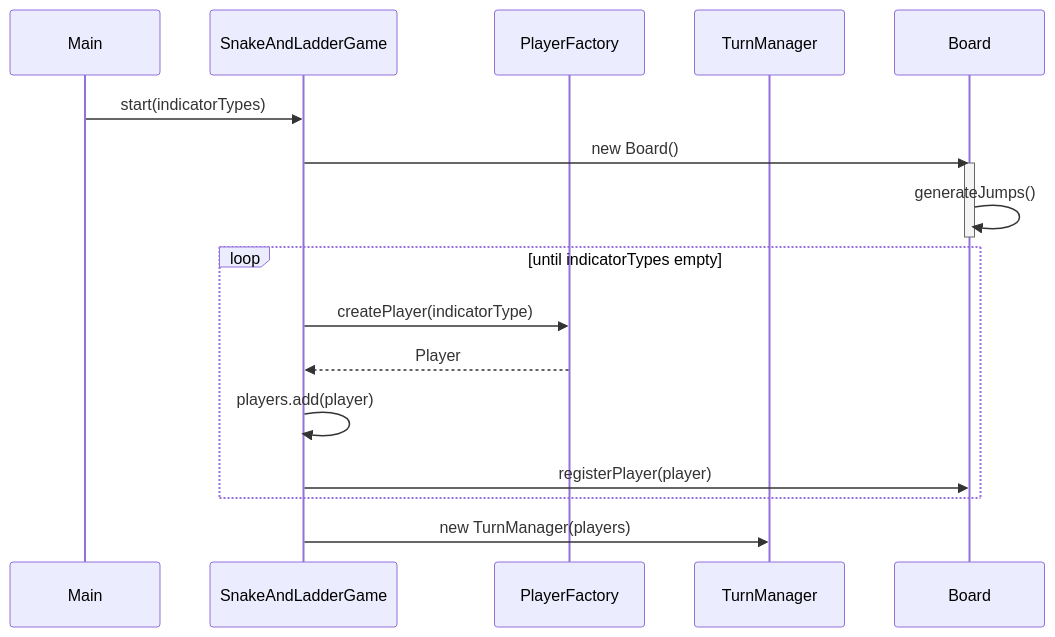
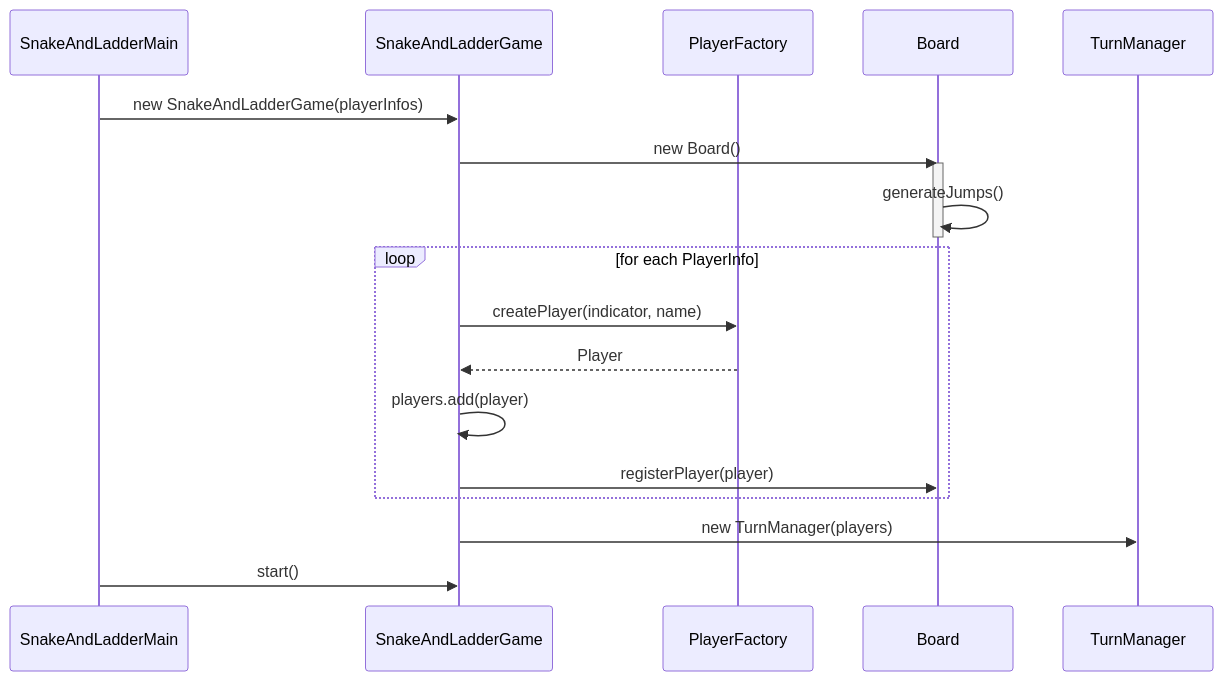
One commit to Anuj-Gupta79/lld-mastery changed the second of 3 diagrams in src/main/java/com/lld/problems/snakeandladder/notes/notes.md. Above: the diagram before and after it, drawn with Mermaid. The commit also changed other lines of this file and 17 other files, not shown here.

Commit message:
Problem: Snaker and Ladder game code completed

````diff
--- a/src/main/java/com/lld/problems/snakeandladder/notes/notes.md
+++ b/src/main/java/com/lld/problems/snakeandladder/notes/notes.md
@@ -146,23 +184,24 @@
 ```mermaid
 sequenceDiagram
-    participant Main
+    participant SnakeAndLadderMain
     participant SnakeAndLadderGame
     participant PlayerFactory
+    participant Board
     participant TurnManager
-    participant Board
 
-    Main->>SnakeAndLadderGame: start(indicatorTypes)
+    SnakeAndLadderMain->>SnakeAndLadderGame: new SnakeAndLadderGame(playerInfos)
     SnakeAndLadderGame->>Board: new Board()
     activate Board
     Board->>Board: generateJumps()
     deactivate Board
 
-    loop until indicatorTypes empty
-        SnakeAndLadderGame->>PlayerFactory: createPlayer(indicatorType)
+    loop for each PlayerInfo
+        SnakeAndLadderGame->>PlayerFactory: createPlayer(indicator, name)
         PlayerFactory-->>SnakeAndLadderGame: Player
         SnakeAndLadderGame->>SnakeAndLadderGame: players.add(player)
         SnakeAndLadderGame->>Board: registerPlayer(player)
     end
 
     SnakeAndLadderGame->>TurnManager: new TurnManager(players)
+    SnakeAndLadderMain->>SnakeAndLadderGame: start()
 ```
````
